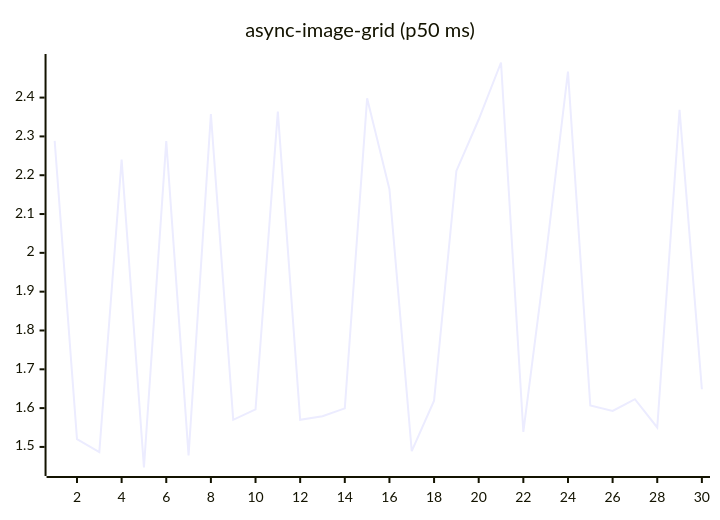
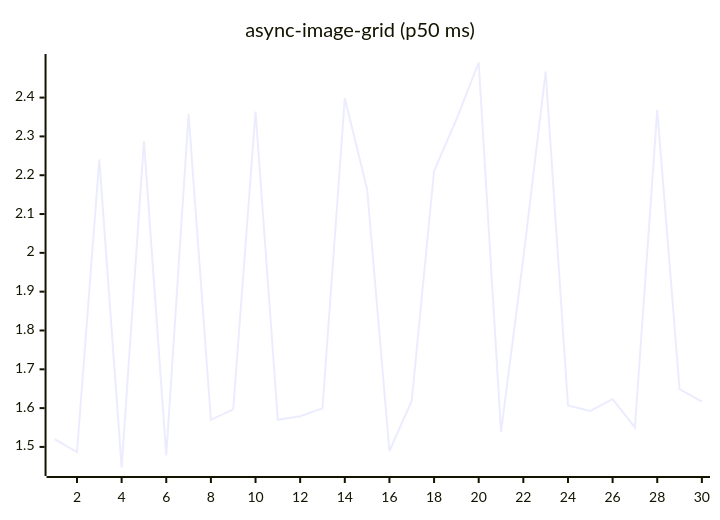
The fifth of 27 diagrams in README.md (josha/Facet), drawn with Mermaid before and after one commit. The commit also changed other lines of this file and 2 other files, not shown here.

````diff
--- a/README.md
+++ b/README.md
@@ -91,6 +91,6 @@
 ```mermaid
 xychart-beta
     title "async-image-grid (p50 ms)"
     x-axis 1 --> 30
-    line [2.2886, 1.5200, 1.4868, 2.2404, 1.4470, 2.2880, 1.4779, 2.3575, 1.5699, 1.5969, 2.3640, 1.5700, 1.5790, 1.5994, 2.3982, 2.1641, 1.4893, 1.6193, 2.2110, 2.3435, 2.4904, 1.5386, 1.9864, 2.4670, 1.6066, 1.5928, 1.6229, 1.5501, 2.3685, 1.6487]
+    line [1.5200, 1.4868, 2.2404, 1.4470, 2.2880, 1.4779, 2.3575, 1.5699, 1.5969, 2.3640, 1.5700, 1.5790, 1.5994, 2.3982, 2.1641, 1.4893, 1.6193, 2.2110, 2.3435, 2.4904, 1.5386, 1.9864, 2.4670, 1.6066, 1.5928, 1.6229, 1.5501, 2.3685, 1.6487, 1.6169]
 ```
````
